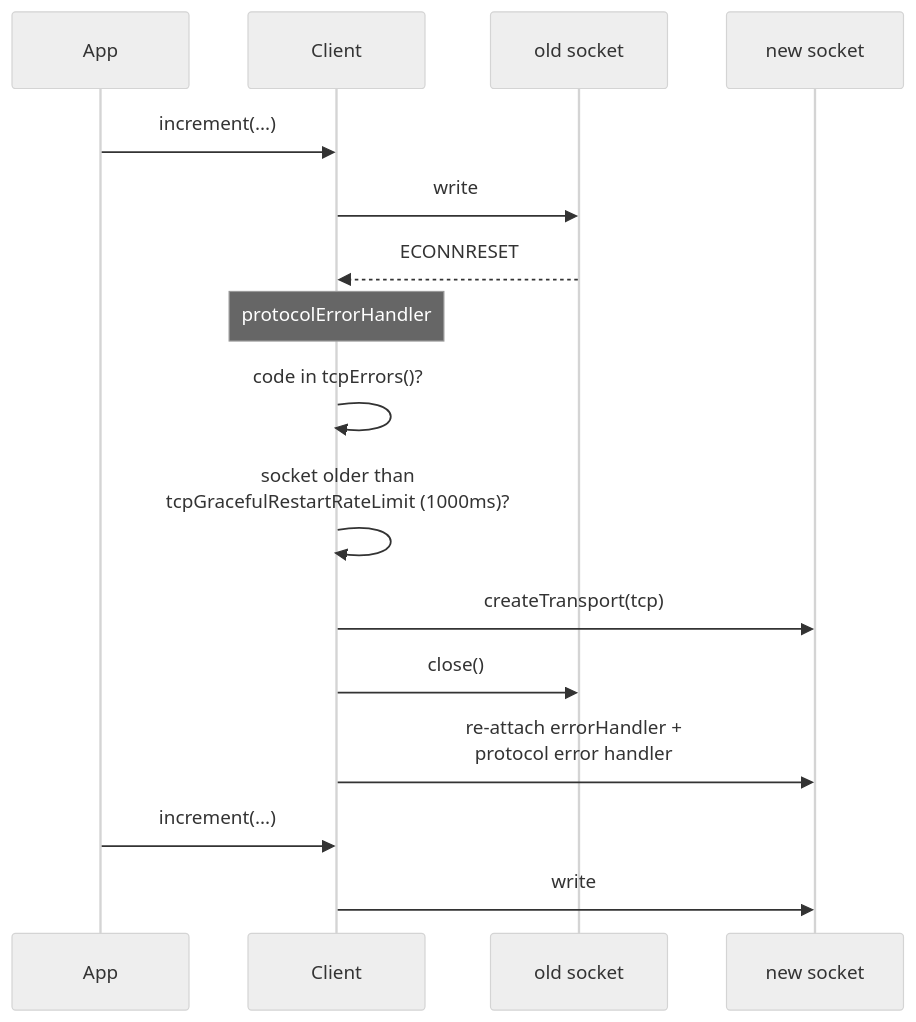
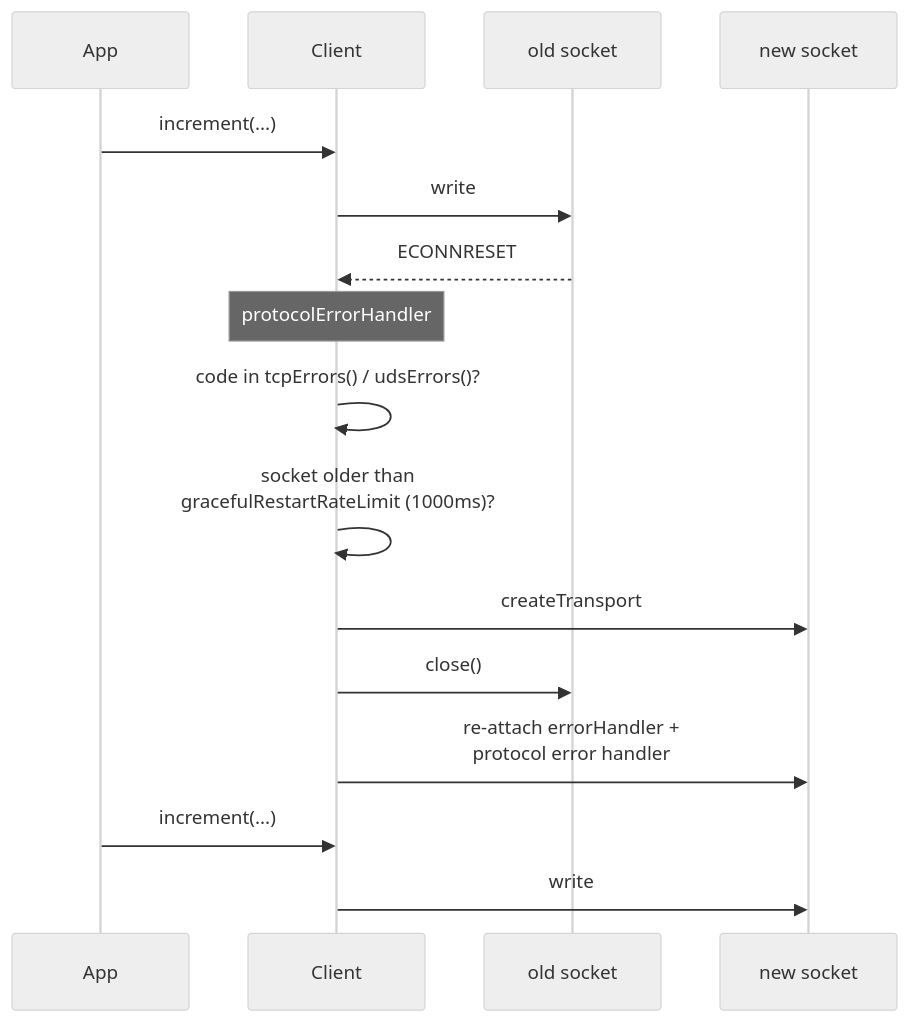
One commit to bdeitte/hot-shots changed the sixth of 8 diagrams in NETWORKING.md. Above: the diagram before and after it, drawn with Mermaid (neutral theme). The commit also changed other lines of this file, not shown here.

Commit message:
Simplify NETWORKING.md to focus on diagrams and higher-level summaries

````diff
--- a/NETWORKING.md
+++ b/NETWORKING.md
@@ -273,19 +172,19 @@
 ```mermaid
 sequenceDiagram
     participant App
     participant Client
     participant Old as old socket
     participant New as new socket
 
     App->>Client: increment(...)
     Client->>Old: write
     Old-->>Client: ECONNRESET
     Note over Client: protocolErrorHandler
-    Client->>Client: code in tcpErrors()?
-    Client->>Client: socket older than<br/>tcpGracefulRestartRateLimit (1000ms)?
-    Client->>New: createTransport(tcp)
+    Client->>Client: code in tcpErrors() / udsErrors()?
+    Client->>Client: socket older than<br/>gracefulRestartRateLimit (1000ms)?
+    Client->>New: createTransport
     Client->>Old: close()
     Client->>New: re-attach errorHandler +<br/>protocol error handler
     App->>Client: increment(...)
     Client->>New: write
 ```
````
